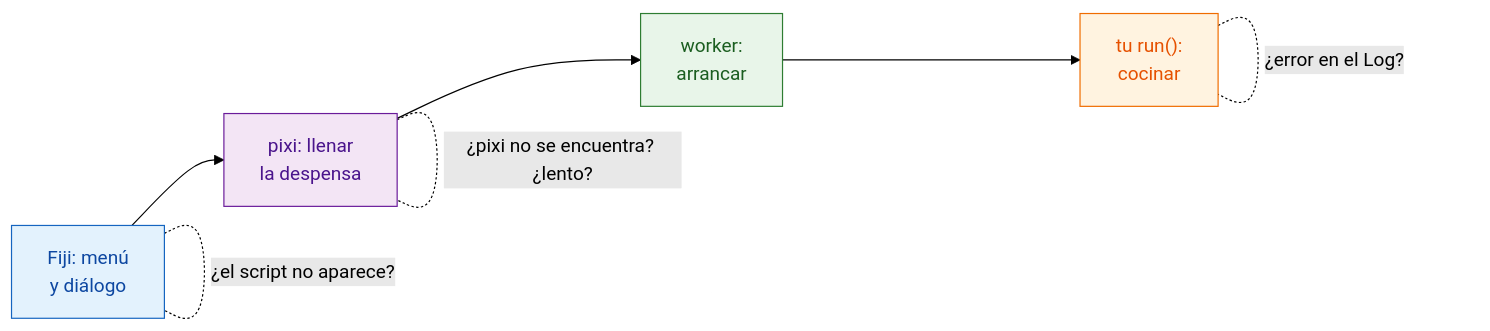
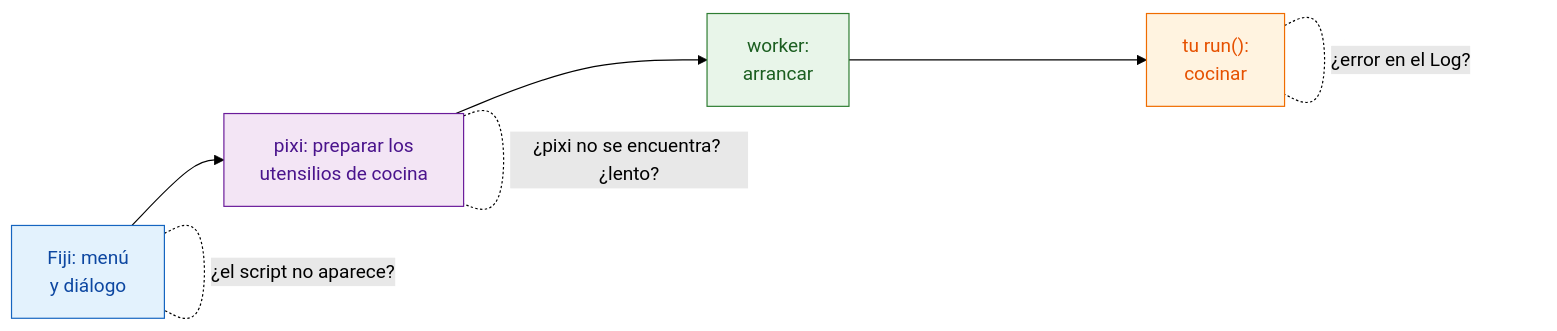
The diagram in guide/help/troubleshooting.es.md (Oxford-Zeiss-Centre-of-Excellence/Wavu), drawn with Mermaid (forest theme) before and after one commit. The commit also changed other lines of this file and 221 other files, not shown here.

````diff
--- a/guide/help/troubleshooting.es.md
+++ b/guide/help/troubleshooting.es.md
@@ -11,12 +11,12 @@
 ```mermaid
 flowchart LR
-    A["Fiji: menú<br/>y diálogo"]:::fiji --> B["pixi: llenar<br/>la despensa"]:::env --> C["worker:<br/>arrancar"]:::worker --> D["tu run():<br/>cocinar"]:::script
+    A["Fiji: menú<br/>y diálogo"]:::fiji --> B["pixi: preparar los<br/>utensilios de cocina"]:::env --> C["worker:<br/>arrancar"]:::worker --> D["tu run():<br/>cocinar"]:::script
     A -. "¿el script no aparece?" .- A
     B -. "¿pixi no se encuentra? ¿lento?" .- B
     D -. "¿error en el Log?" .- D
 
     classDef fiji   fill:#e3f2fd,stroke:#1565c0,color:#0d47a1
     classDef worker fill:#e8f5e9,stroke:#2e7d32,color:#1b5e20
     classDef script fill:#fff3e0,stroke:#ef6c00,color:#e65100
     classDef env    fill:#f3e5f5,stroke:#6a1b9a,color:#4a148c
 ```
````
